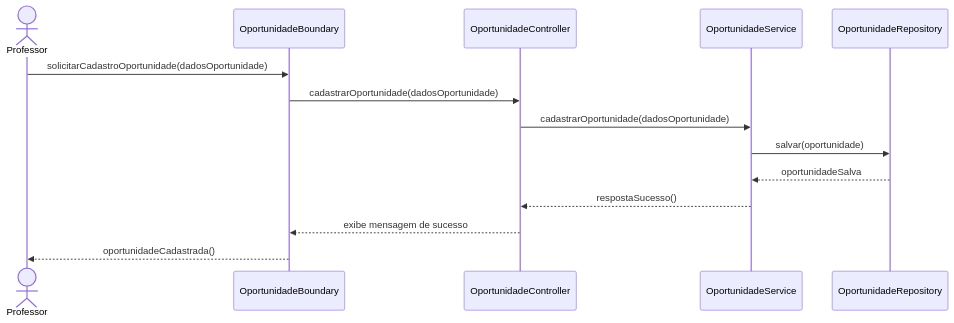
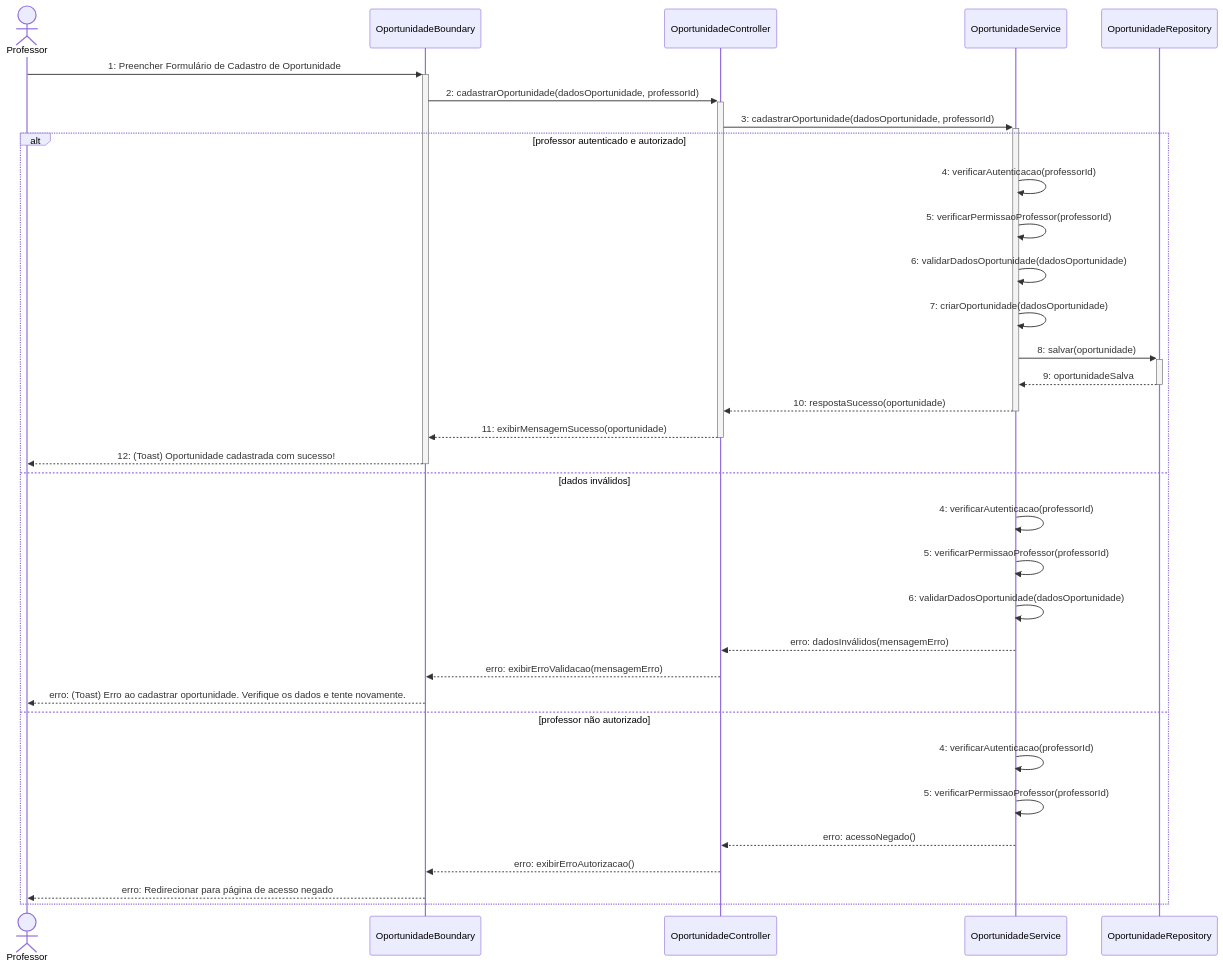
One commit to ImGabreuw/learning-management-system changed the first of 3 diagrams in docs/modeling/oportunity-recommendation-system.md. Above: the diagram before and after it, drawn with Mermaid. The commit also changed other lines of this file, not shown here.

Commit message:
refactor: enhance sequence diagrams for opportunity registration and listing

````diff
--- a/docs/modeling/oportunity-recommendation-system.md
+++ b/docs/modeling/oportunity-recommendation-system.md
@@ -7,17 +7,37 @@
 ```mermaid
 sequenceDiagram
       actor Professor
       participant boundary as OportunidadeBoundary
       participant controller as OportunidadeController
       participant service as OportunidadeService
       participant repo as OportunidadeRepository
 
-      Professor->>boundary: solicitarCadastroOportunidade(dadosOportunidade)
-      boundary->>controller: cadastrarOportunidade(dadosOportunidade)
-      controller->>service: cadastrarOportunidade(dadosOportunidade)
-      service->>repo: salvar(oportunidade)
-      repo-->>service: oportunidadeSalva
-      service-->>controller: respostaSucesso()
-      controller-->>boundary: exibe mensagem de sucesso
-      boundary-->>Professor: oportunidadeCadastrada()
+      Professor->>+boundary: 1: Preencher Formulário de Cadastro de Oportunidade
+      boundary->>+controller: 2: cadastrarOportunidade(dadosOportunidade, professorId)
+      controller->>+service: 3: cadastrarOportunidade(dadosOportunidade, professorId)
+      
+      alt professor autenticado e autorizado
+          service->>service: 4: verificarAutenticacao(professorId)
+          service->>service: 5: verificarPermissaoProfessor(professorId)
+          service->>service: 6: validarDadosOportunidade(dadosOportunidade)
+          service->>service: 7: criarOportunidade(dadosOportunidade)
+          service->>+repo: 8: salvar(oportunidade)
+          repo-->>-service: 9: oportunidadeSalva
+          service-->>-controller: 10: respostaSucesso(oportunidade)
+          controller-->>-boundary: 11: exibirMensagemSucesso(oportunidade)
+          boundary-->>-Professor: 12: (Toast) Oportunidade cadastrada com sucesso!
+      else dados inválidos
+          service->>service: 4: verificarAutenticacao(professorId)
+          service->>service: 5: verificarPermissaoProfessor(professorId)
+          service->>service: 6: validarDadosOportunidade(dadosOportunidade)
+          service-->>controller: erro: dadosInválidos(mensagemErro)
+          controller-->>boundary: erro: exibirErroValidacao(mensagemErro)
+          boundary-->>Professor: erro: (Toast) Erro ao cadastrar oportunidade. Verifique os dados e tente novamente.
+      else professor não autorizado
+          service->>service: 4: verificarAutenticacao(professorId)
+          service->>service: 5: verificarPermissaoProfessor(professorId)
+          service-->>controller: erro: acessoNegado()
+          controller-->>boundary: erro: exibirErroAutorizacao()
+          boundary-->>Professor: erro: Redirecionar para página de acesso negado
+      end
 ```
````
